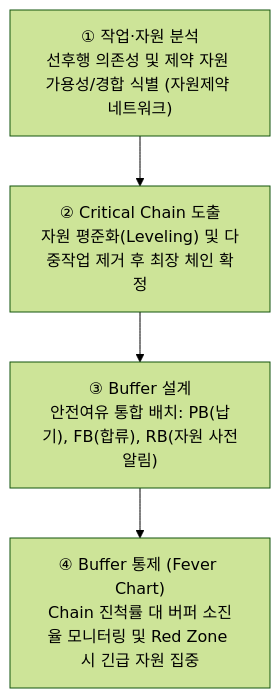
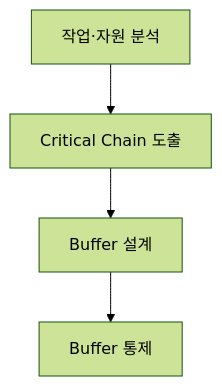
Before and after one commit to agnusdei1207/study: the second of 3 diagrams in src/content/docs/notes/itpe/01-it-strategy/112_critical_chain_toc.md, drawn with Mermaid (forest theme). The commit also changed other lines of this file and 18 other files, not shown here.

````diff
--- a/src/content/docs/notes/itpe/01-it-strategy/112_critical_chain_toc.md
+++ b/src/content/docs/notes/itpe/01-it-strategy/112_critical_chain_toc.md
@@ -85,8 +84,4 @@
 ```mermaid
 flowchart TD
-    S1["① 작업·자원 분석<br/>선후행 의존성 및 제약 자원 가용성/경합 식별 (자원제약 네트워크)"]
-    S2["② Critical Chain 도출<br/>자원 평준화(Leveling) 및 다중작업 제거 후 최장 체인 확정"]
-    S3["③ Buffer 설계<br/>안전여유 통합 배치: PB(납기), FB(합류), RB(자원 사전알림)"]
-    S4["④ Buffer 통제 (Fever Chart)<br/>Chain 진척률 대 버퍼 소진율 모니터링 및 Red Zone 시 긴급 자원 집중"]
-    S1 --> S2 --> S3 --> S4
+    S1["작업·자원 분석"] --> S2["Critical Chain 도출"] --> S3["Buffer 설계"] --> S4["Buffer 통제"]
 ```
````
